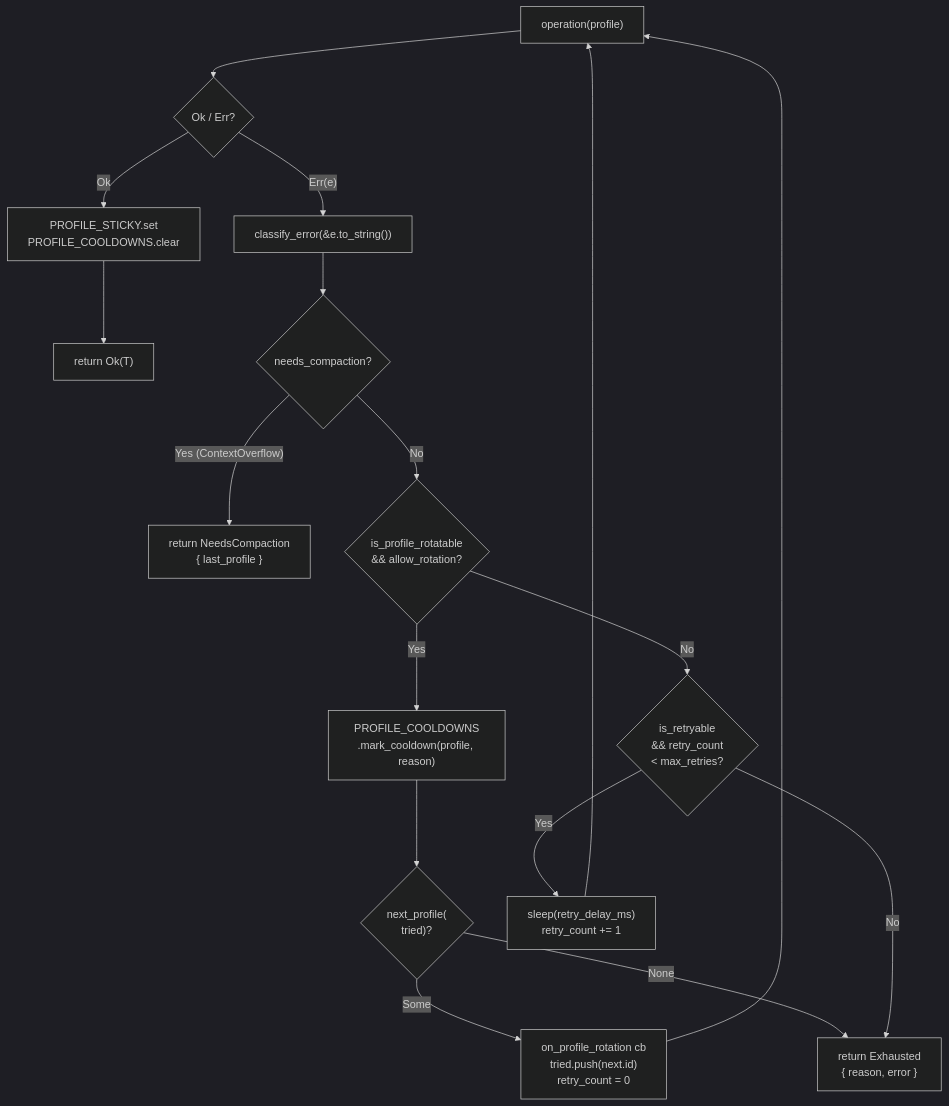
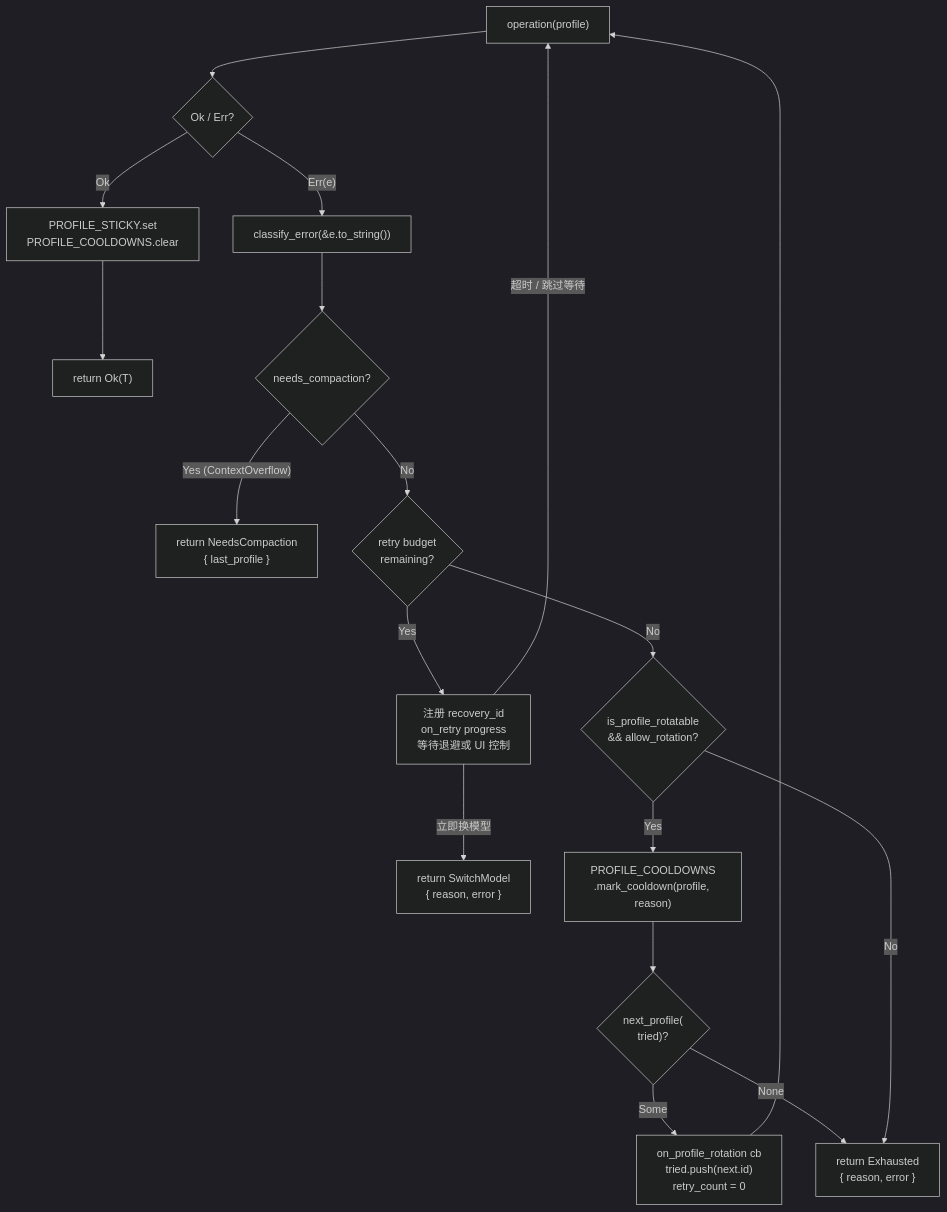
The diagram in mirrors/repos/shiwenwen@hope-agent/docs/architecture/failover.md (gabrielmoreira/agent-skills-mirror), drawn with Mermaid (dark theme) before and after one commit. The commit also changed other lines of this file and 5963 other files, not shown here.

````diff
--- a/mirrors/repos/shiwenwen@hope-agent/docs/architecture/failover.md
+++ b/mirrors/repos/shiwenwen@hope-agent/docs/architecture/failover.md
@@ -44,22 +44,23 @@
 ```mermaid
 flowchart TD
     Op["operation(profile)"] --> Result{"Ok / Err?"}
     Result -- "Ok" --> Sticky["PROFILE_STICKY.set<br/>PROFILE_COOLDOWNS.clear"]
     Sticky --> ReturnOk["return Ok(T)"]
 
     Result -- "Err(e)" --> Classify["classify_error(&e.to_string())"]
     Classify --> Compaction{"needs_compaction?"}
     Compaction -- "Yes (ContextOverflow)" --> NeedsCompact["return NeedsCompaction<br/>{ last_profile }"]
 
-    Compaction -- "No" --> Rotatable{"is_profile_rotatable<br/>&& allow_rotation?"}
+    Compaction -- "No" --> Retryable{"retry budget<br/>remaining?"}
+    Retryable -- "Yes" --> Backoff["注册 recovery_id<br/>on_retry progress<br/>等待退避或 UI 控制"]
+    Backoff -- "超时 / 跳过等待" --> Op
+    Backoff -- "立即换模型" --> SwitchModel["return SwitchModel<br/>{ reason, error }"]
+    Retryable -- "No" --> Rotatable{"is_profile_rotatable<br/>&& allow_rotation?"}
     Rotatable -- "Yes" --> MarkCooldown["PROFILE_COOLDOWNS<br/>.mark_cooldown(profile, reason)"]
     MarkCooldown --> NextProfile{"next_profile(<br/>tried)?"}
     NextProfile -- "Some" --> Rotate["on_profile_rotation cb<br/>tried.push(next.id)<br/>retry_count = 0"]
     Rotate --> Op
     NextProfile -- "None" --> Exhausted["return Exhausted<br/>{ reason, error }"]
 
-    Rotatable -- "No" --> Retryable{"is_retryable<br/>&& retry_count<br/>< max_retries?"}
-    Retryable -- "Yes" --> Backoff["sleep(retry_delay_ms)<br/>retry_count += 1"]
-    Backoff --> Op
-    Retryable -- "No" --> Exhausted
+    Rotatable -- "No" --> Exhausted
 ```
````
